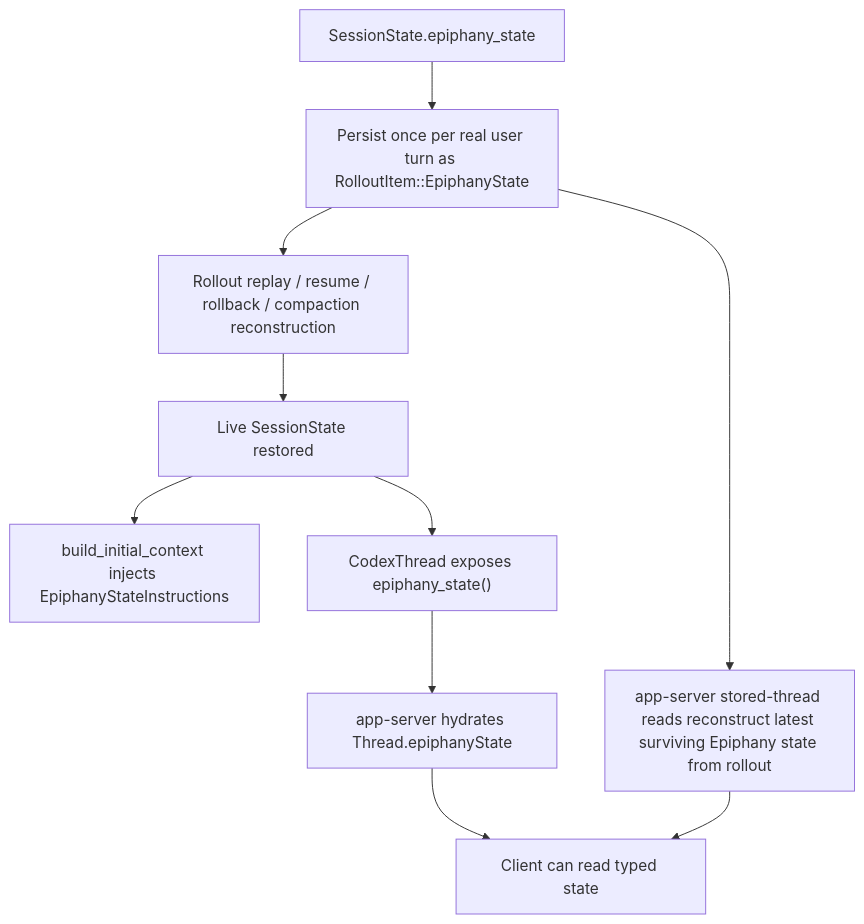
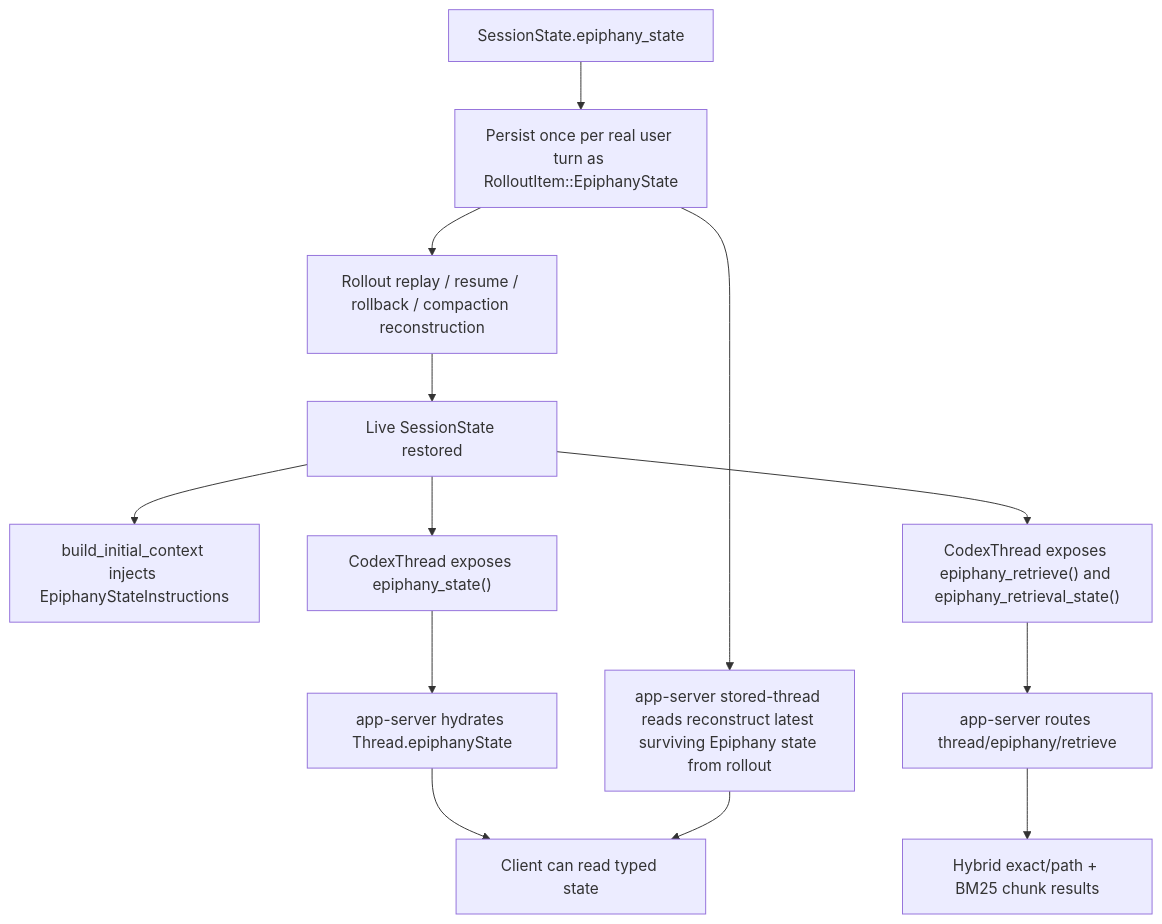
One commit to GameCult/Epiphany changed the diagram in notes/epiphany-current-algorithmic-map.md. Above: the diagram before and after it, drawn with Mermaid. The commit also changed other lines of this file and 38 other files, not shown here.

Commit message:
Land Epiphany Phase 4 hybrid retrieval slice

````diff
--- a/notes/epiphany-current-algorithmic-map.md
+++ b/notes/epiphany-current-algorithmic-map.md
@@ -33,12 +36,15 @@
 ```mermaid
 flowchart TD
     A["SessionState.epiphany_state"] --> B["Persist once per real user turn as RolloutItem::EpiphanyState"]
     B --> C["Rollout replay / resume / rollback / compaction reconstruction"]
     C --> D["Live SessionState restored"]
     D --> E["build_initial_context injects EpiphanyStateInstructions"]
     D --> F["CodexThread exposes epiphany_state()"]
     F --> G["app-server hydrates Thread.epiphanyState"]
     B --> H["app-server stored-thread reads reconstruct latest surviving Epiphany state from rollout"]
     G --> I["Client can read typed state"]
     H --> I
+    D --> J["CodexThread exposes epiphany_retrieve() and epiphany_retrieval_state()"]
+    J --> K["app-server routes thread/epiphany/retrieve"]
+    K --> L["Hybrid exact/path + BM25 chunk results"]
 ```
````
